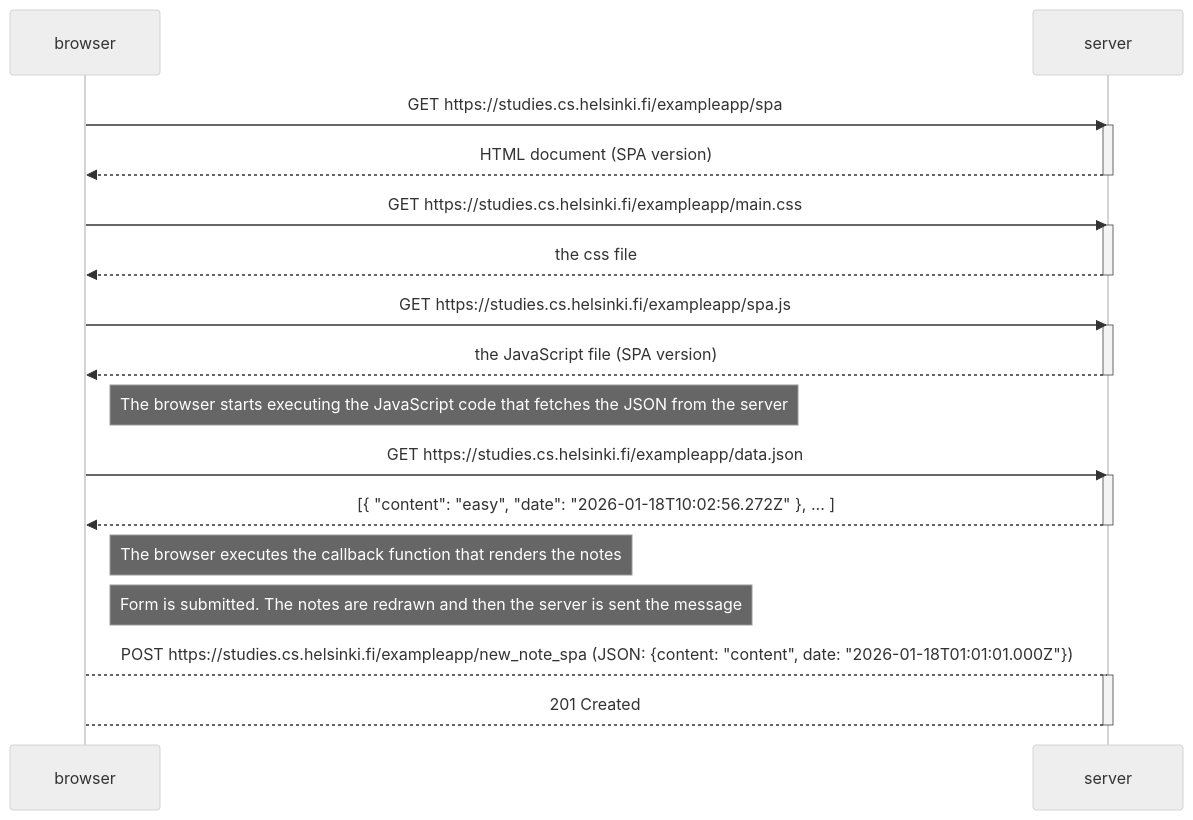
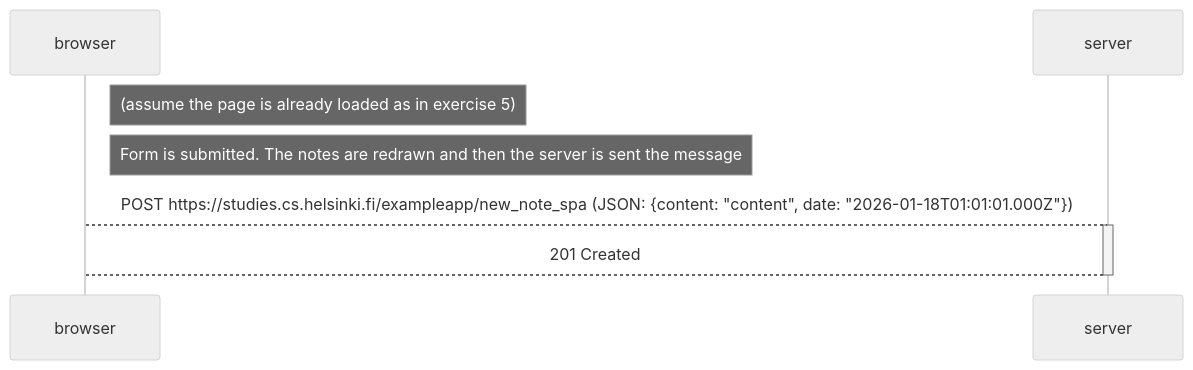
Before and after one commit to journalWheat/FullStackOpen: the diagram in part0/06_new_note_in_Single_page_app_diagram.md, drawn with Mermaid (neutral theme). The commit also changed 1 other file, not shown here.

Commit message:
Submitted wrong version of these files

````diff
--- a/part0/06_new_note_in_Single_page_app_diagram.md
+++ b/part0/06_new_note_in_Single_page_app_diagram.md
@@ -1,35 +1,12 @@
 ```mermaid
 sequenceDiagram
     participant browser
     participant server
 
-    browser->>server: GET https://studies.cs.helsinki.fi/exampleapp/spa
-    activate server
-    server-->>browser: HTML document (SPA version)
-    deactivate server
-
-    browser->>server: GET https://studies.cs.helsinki.fi/exampleapp/main.css
-    activate server
-    server-->>browser: the css file
-    deactivate server
-
-    browser->>server: GET https://studies.cs.helsinki.fi/exampleapp/spa.js
-    activate server
-    server-->>browser: the JavaScript file (SPA version)
-    deactivate server
-
-    Note right of browser: The browser starts executing the JavaScript code that fetches the JSON from the server
-
-    browser->>server: GET https://studies.cs.helsinki.fi/exampleapp/data.json
-    activate server
-    server-->>browser: [{ "content": "easy", "date": "2026-01-18T10:02:56.272Z" }, ... ]
-    deactivate server
-
-    Note right of browser: The browser executes the callback function that renders the notes
-
+    Note right of browser: (assume the page is already loaded as in exercise 5)
     Note right of browser: Form is submitted. The notes are redrawn and then the server is sent the message
     browser-->server: POST https://studies.cs.helsinki.fi/exampleapp/new_note_spa (JSON: {content: "content", date: "2026-01-18T01:01:01.000Z"})
     activate server
     server-->browser: 201 Created
     deactivate server
 ```
````
